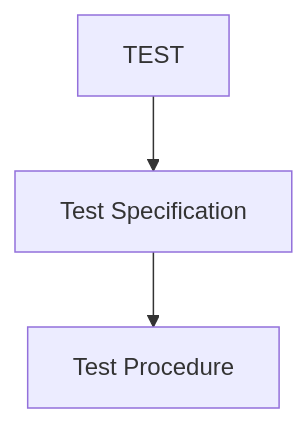
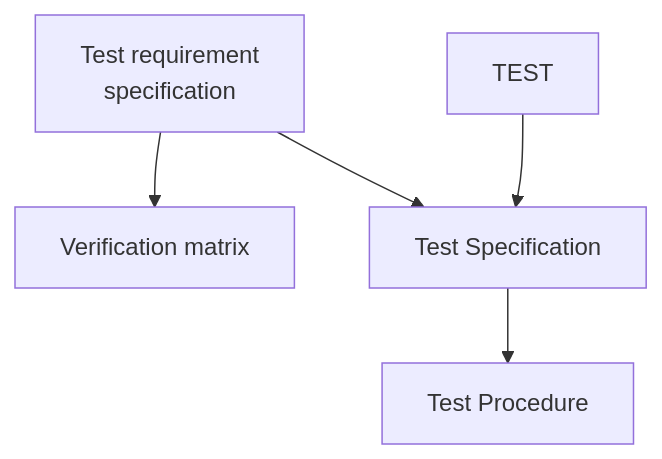
The diagram in calib/Validation.md (limu007/quvik), drawn with Mermaid before and after one commit.

````diff
--- a/calib/Validation.md
+++ b/calib/Validation.md
@@ -3,8 +3,15 @@
 ```mermaid
 flowchart TB
+  TRS["`Test requirement
+  specification`"]
+  VM["Verification matrix"]
+
   TEST["TEST"]
   TS["Test Specification"]
   TP["Test Procedure"]
   
   TEST --> TS --> TP
+  TRS --> VM
+  TRS --> TS
+
 ```
````
